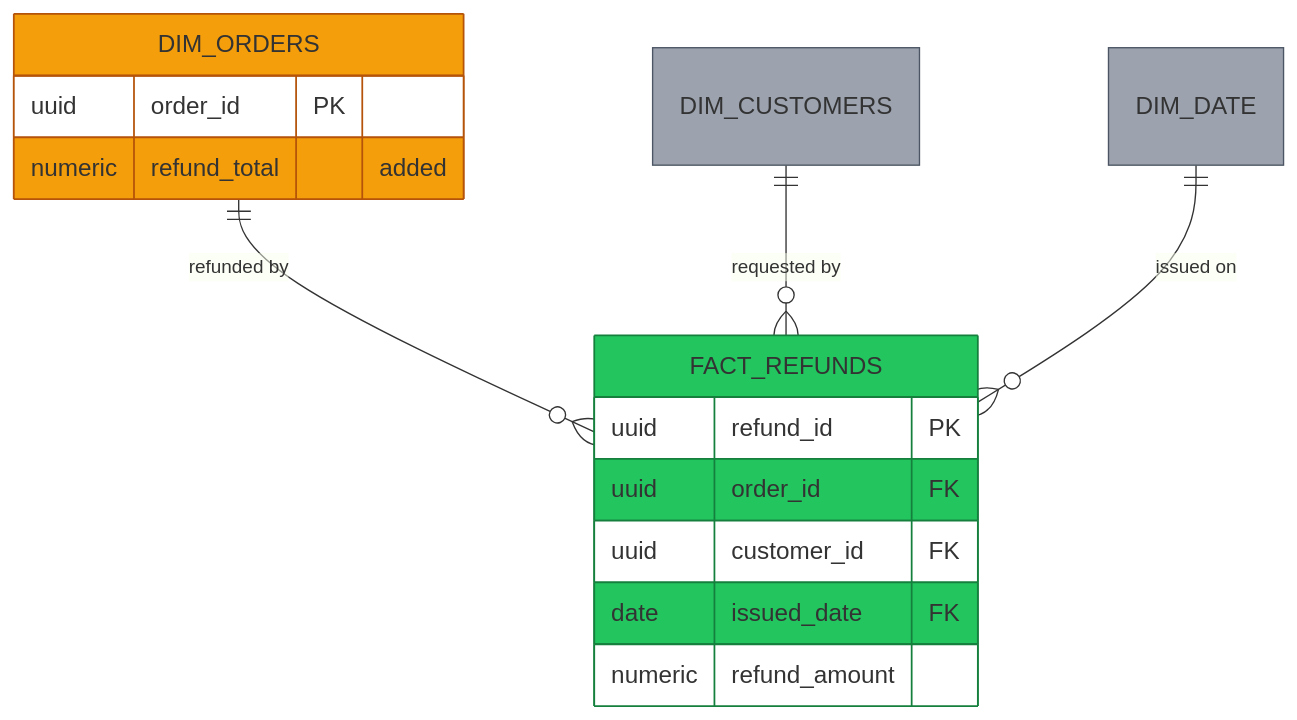
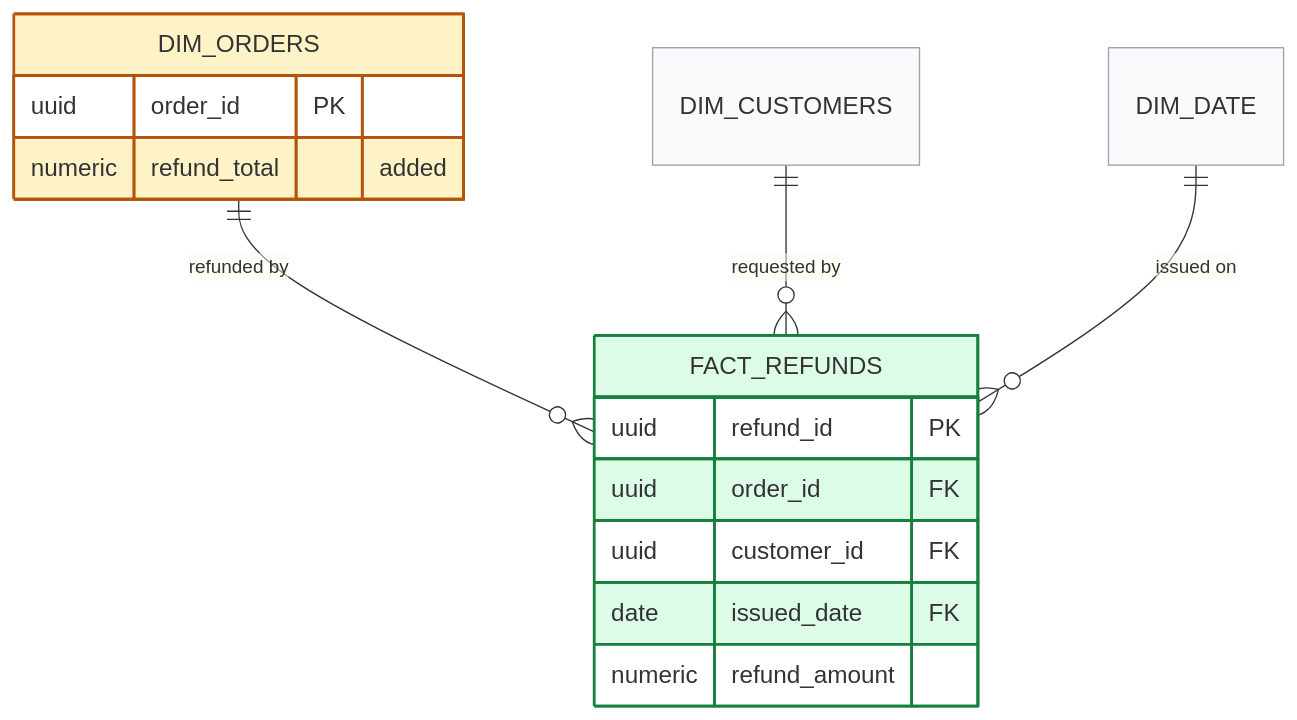
One commit to zachloertscher/claude-tools changed the second of 2 diagrams in README.md. Above: the diagram before and after it, drawn with Mermaid. The commit also changed other lines of this file and 1 other file, not shown here.

First line of the commit message:
Tone down ERD colors to pale tints

````diff
--- a/README.md
+++ b/README.md
@@ -82,28 +82,28 @@
 ```mermaid
 %%{init: {'themeVariables': {'fontSize':'18px'}}}%%
 erDiagram
-    classDef newNode fill:#22c55e,stroke:#15803d
-    classDef changedNode fill:#f59e0b,stroke:#b45309
-    classDef existingNode fill:#9ca3af,stroke:#4b5563
+    classDef newNode      fill:#dcfce7,stroke:#15803d,stroke-width:2px
+    classDef changedNode  fill:#fef3c7,stroke:#b45309,stroke-width:2px
+    classDef existingNode fill:#f9fafb,stroke:#9ca3af,stroke-width:1px
 
     DIM_ORDERS    ||--o{ FACT_REFUNDS : "refunded by"
     DIM_CUSTOMERS ||--o{ FACT_REFUNDS : "requested by"
     DIM_DATE      ||--o{ FACT_REFUNDS : "issued on"
 
     FACT_REFUNDS {
         uuid refund_id PK
         uuid order_id FK
         uuid customer_id FK
         date issued_date FK
         numeric refund_amount
     }
     DIM_ORDERS {
         uuid order_id PK
         numeric refund_total "added"
     }
 
     FACT_REFUNDS:::newNode
     DIM_ORDERS:::changedNode
     DIM_CUSTOMERS:::existingNode
     DIM_DATE:::existingNode
 ```
````
